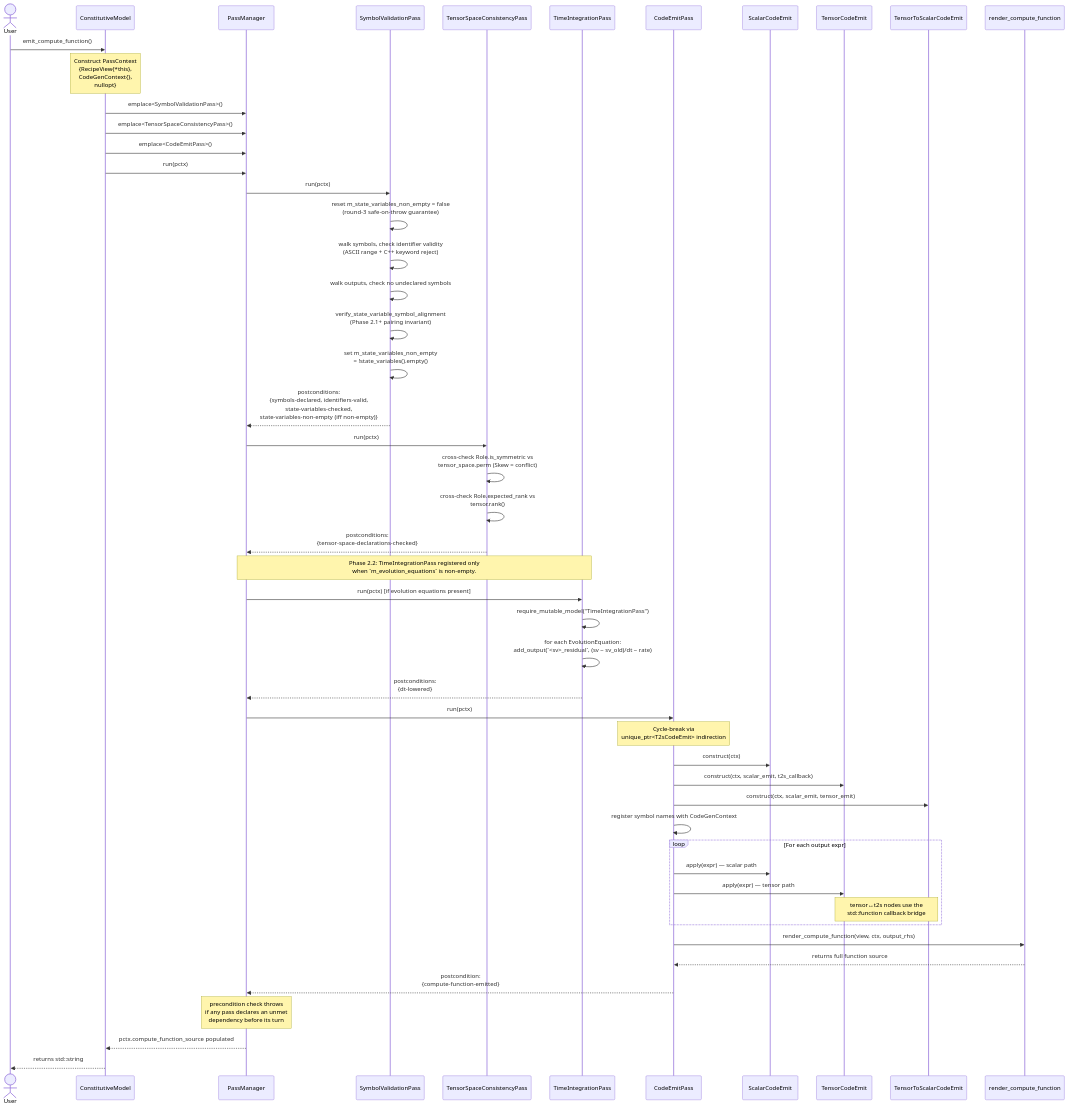
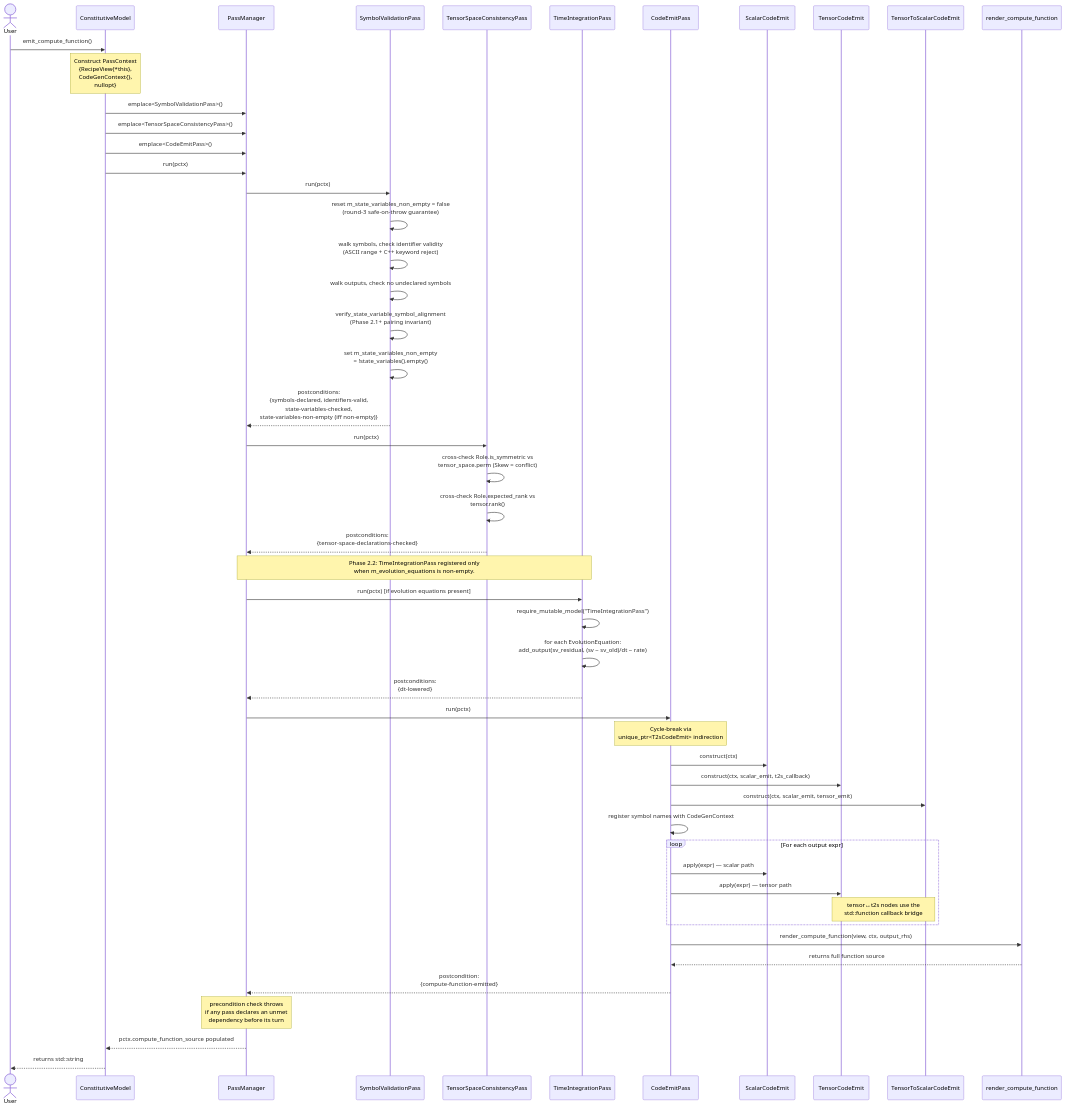
Before and after one commit to NumSim-Stack/numsim-codegen: the second of 3 diagrams in docs/workflow.md, drawn with Mermaid. The commit also changed 2 other files, not shown here.

Commit message:
Address PR #69 round-1 review: dynamic_cast guard, NaN dt default, model token, fail-fast rate, 4 new tests

````diff
--- a/docs/workflow.md
+++ b/docs/workflow.md
@@ -46,59 +46,59 @@
 ```mermaid
 sequenceDiagram
     actor User
     participant Model as ConstitutiveModel
     participant PM as PassManager
     participant SVP as SymbolValidationPass
     participant TSP as TensorSpaceConsistencyPass
     participant TIP as TimeIntegrationPass
     participant CEP as CodeEmitPass
     participant SE as ScalarCodeEmit
     participant TE as TensorCodeEmit
     participant T2S as TensorToScalarCodeEmit
     participant Render as render_compute_function
 
     User->>Model: emit_compute_function()
     Note over Model: Construct PassContext<br/>{RecipeView{*this},<br/> CodeGenContext{},<br/> nullopt}
     Model->>PM: emplace<SymbolValidationPass>()
     Model->>PM: emplace<TensorSpaceConsistencyPass>()
     Model->>PM: emplace<CodeEmitPass>()
     Model->>PM: run(pctx)
 
     PM->>SVP: run(pctx)
     SVP->>SVP: reset m_state_variables_non_empty = false<br/>(round-3 safe-on-throw guarantee)
     SVP->>SVP: walk symbols, check identifier validity<br/>(ASCII range + C++ keyword reject)
     SVP->>SVP: walk outputs, check no undeclared symbols
     SVP->>SVP: verify_state_variable_symbol_alignment<br/>(Phase 2.1+ pairing invariant)
     SVP->>SVP: set m_state_variables_non_empty<br/>= !state_variables().empty()
     SVP-->>PM: postconditions:<br/>{symbols-declared, identifiers-valid,<br/>state-variables-checked,<br/>state-variables-non-empty (iff non-empty)}
 
     PM->>TSP: run(pctx)
     TSP->>TSP: cross-check Role.is_symmetric vs<br/>tensor_space.perm (Skew = conflict)
     TSP->>TSP: cross-check Role.expected_rank vs<br/>tensor.rank()
     TSP-->>PM: postconditions:<br/>{tensor-space-declarations-checked}
 
-    Note over PM,TIP: Phase 2.2: TimeIntegrationPass registered only<br/>when `m_evolution_equations` is non-empty.
+    Note over PM,TIP: Phase 2.2: TimeIntegrationPass registered only<br/>when m_evolution_equations is non-empty.
     PM->>TIP: run(pctx) [if evolution equations present]
     TIP->>TIP: require_mutable_model("TimeIntegrationPass")
-    TIP->>TIP: for each EvolutionEquation:<br/>add_output(`<sv>_residual`, (sv − sv_old)/dt − rate)
+    TIP->>TIP: for each EvolutionEquation:<br/>add_output(sv_residual, (sv − sv_old)/dt − rate)
     TIP-->>PM: postconditions:<br/>{dt-lowered}
 
     PM->>CEP: run(pctx)
     Note over CEP: Cycle-break via<br/>unique_ptr<T2sCodeEmit> indirection
     CEP->>SE: construct(ctx)
     CEP->>TE: construct(ctx, scalar_emit, t2s_callback)
     CEP->>T2S: construct(ctx, scalar_emit, tensor_emit)
     CEP->>CEP: register symbol names with CodeGenContext
     loop For each output expr
         CEP->>SE: apply(expr) — scalar path
         CEP->>TE: apply(expr) — tensor path
         Note over TE,T2S: tensor↔t2s nodes use the<br/>std::function callback bridge
     end
     CEP->>Render: render_compute_function(view, ctx, output_rhs)
     Render-->>CEP: returns full function source
     CEP-->>PM: postcondition:<br/>{compute-function-emitted}
     Note over PM: precondition check throws<br/>if any pass declares an unmet<br/>dependency before its turn
 
     PM-->>Model: pctx.compute_function_source populated
     Model-->>User: returns std::string
 ```
````
